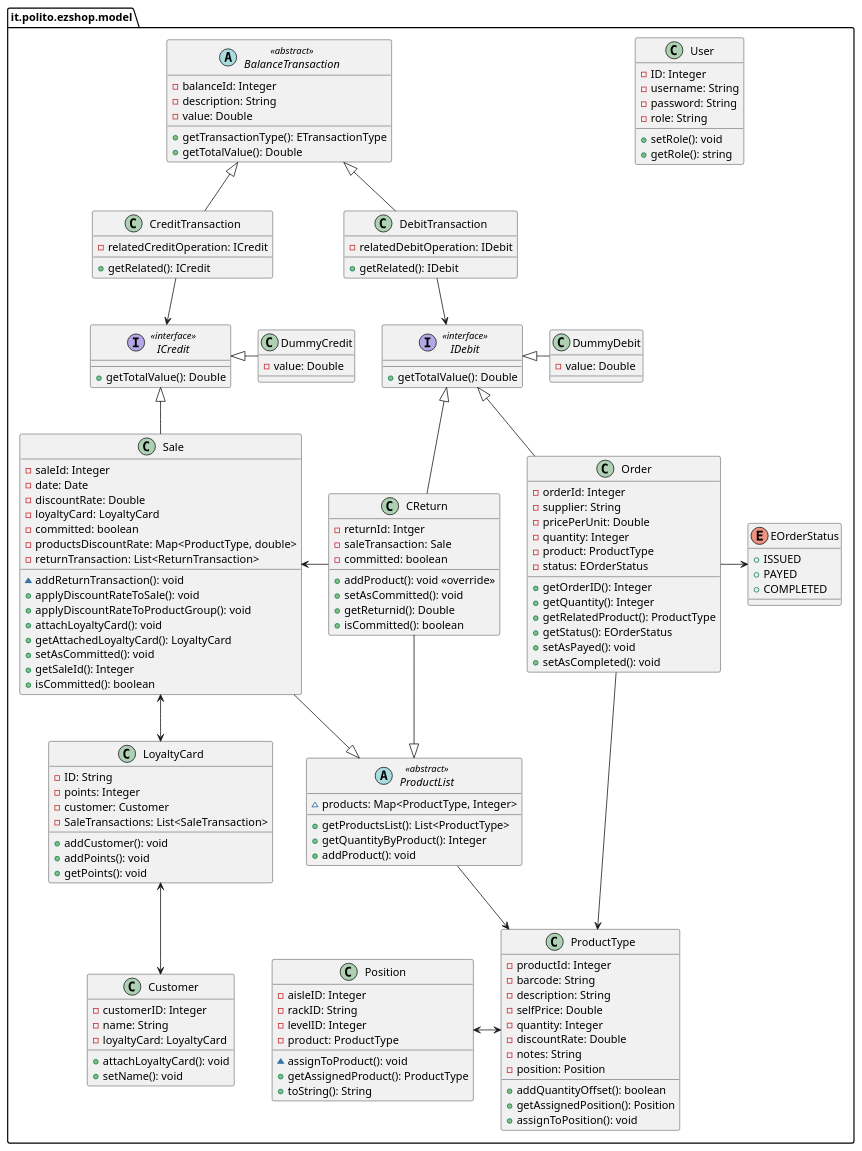
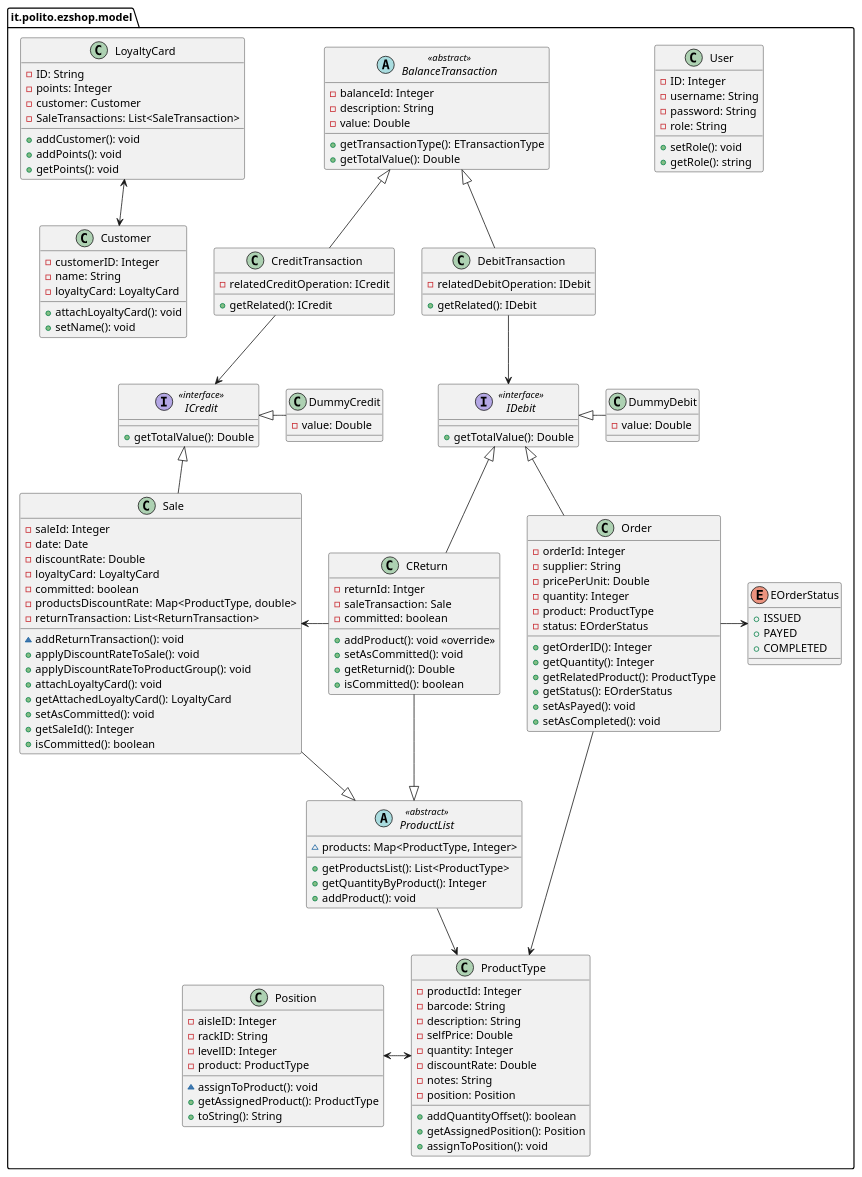
One commit to thegabriele97/EzShop changed the third of 5 diagrams in Deliverables/DesignDocument.md. Above: the diagram before and after it, drawn with PlantUML.

Commit message:
docs: DesignDocument, updated class diagram - removed relation Sale - LoyaltyCard

```diff
--- a/Deliverables/DesignDocument.md
+++ b/Deliverables/DesignDocument.md
@@ -391,8 +391,8 @@
     ProductType <-left-> Position
     Sale <-right- CReturn
 
-    LoyaltyCard <-down-> Customer
-    Sale <-down-> LoyaltyCard
+    LoyaltyCard <--> Customer
+    'Sale <-down-> LoyaltyCard
 
     'BalanceTransaction <|-- SaleTransaction
     'BalanceTransaction <|-- ReturnTransaction
```
